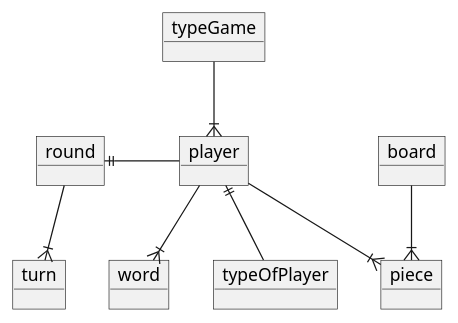
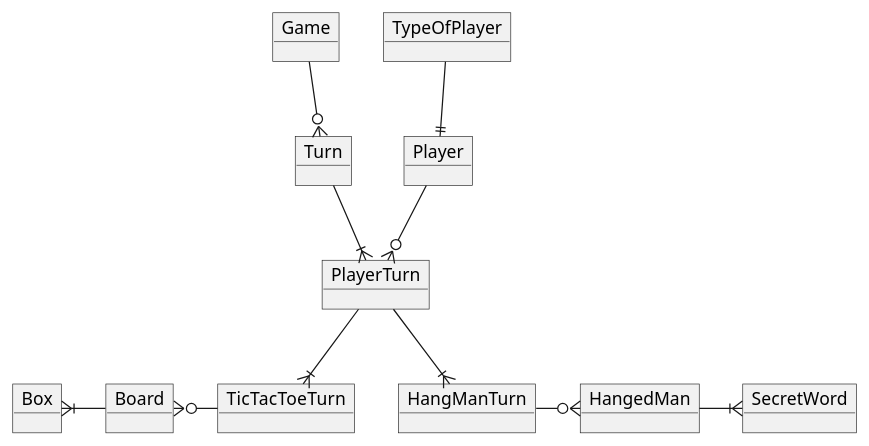
Before and after one commit to Gabs16TL/Second_Project_Peristence: the diagram in DataModel/ConceptualModel.wsd, drawn with PlantUML. The commit also changed 3 other files, not shown here.

```diff
--- a/DataModel/ConceptualModel.wsd
+++ b/DataModel/ConceptualModel.wsd
@@ -1,28 +1,33 @@
 @startuml VocabularyConceptualModelMain
 
-object round
-object turn
-object player
-object typeGame
-object typeOfPlayer
+object Game
+object Turn
+object PlayerTurn
 
-player }|-up- typeGame
-round --|{ turn
-player ||-- typeOfPlayer
-player -left-|| round
+object Player
+object TypeOfPlayer
+
+Player --o{ PlayerTurn
+Turn --|{ PlayerTurn
+Game --o{ Turn
+TypeOfPlayer --|| Player
 
 /' Tic Tac Toe'/
-object board
-object piece
+object Board
+object Box
+object TicTacToeTurn
 
-board --|{piece
-player --|{piece
+TicTacToeTurn -left-o{ Board
+Board -left-|{ Box
 
 /' HangMan'/
-object word
+object HangManTurn
+object HangedMan
+object SecretWord
 
-player --|{word
+HangManTurn -right-o{  HangedMan
+HangedMan -right-|{ SecretWord
 
-
-
+PlayerTurn --|{ TicTacToeTurn
+PlayerTurn --|{ HangManTurn
 @enduml
```
